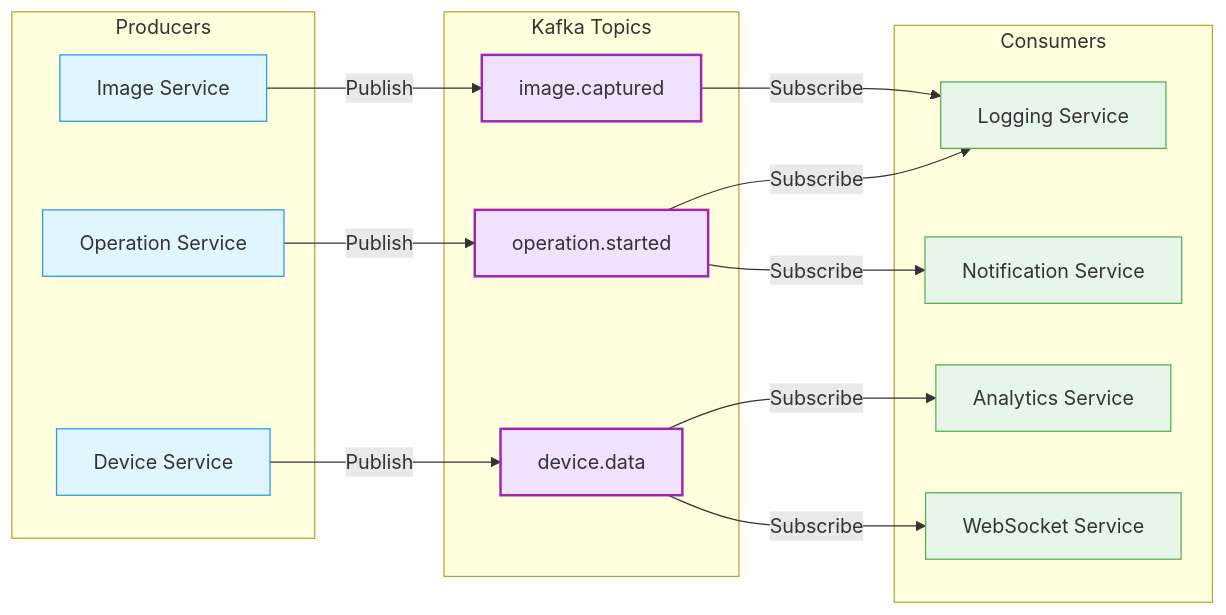
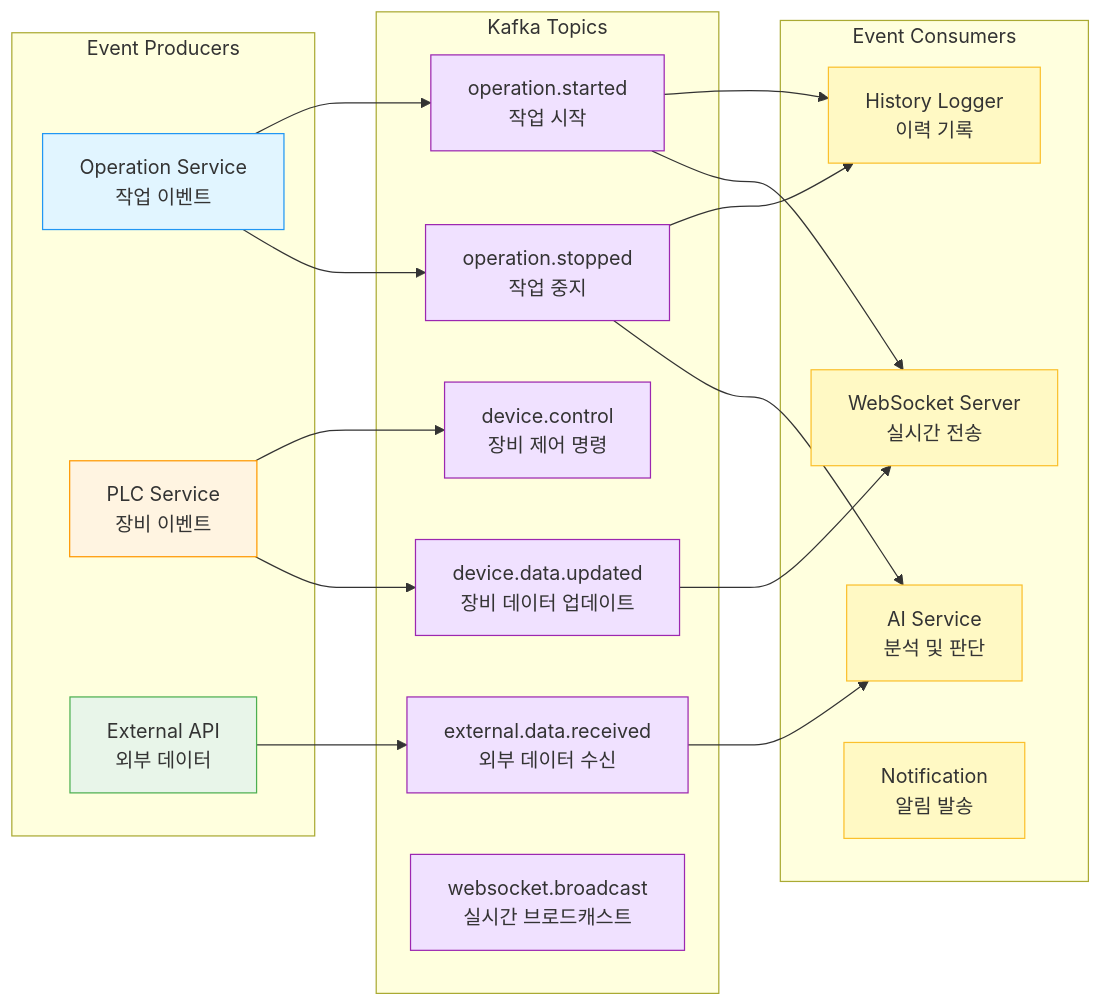
Before and after one commit to 1985jwlee/production-iot-backend: the seventh of 13 diagrams in README.md, drawn with Mermaid. The commit also changed other lines of this file and 1 other file, not shown here.

````diff
--- a/README.md
+++ b/README.md
@@ -334,42 +382,51 @@
 ```mermaid
 graph LR
-    subgraph "Producers"
-        OP[Operation Service]
-        DEV[Device Service]
-        IMG[Image Service]
+    subgraph "Event Producers"
+        P1[Operation Service<br/>작업 이벤트]
+        P2[PLC Service<br/>장비 이벤트]
+        P3[External API<br/>외부 데이터]
     end
     
     subgraph "Kafka Topics"
-        T1[operation.started]
-        T2[device.data]
-        T3[image.captured]
+        T1[device.control<br/>장비 제어 명령]
+        T2[device.data.updated<br/>장비 데이터 업데이트]
+        T3[operation.started<br/>작업 시작]
+        T4[operation.stopped<br/>작업 중지]
+        T5[external.data.received<br/>외부 데이터 수신]
+        T6[websocket.broadcast<br/>실시간 브로드캐스트]
     end
     
-    subgraph "Consumers"
-        LOG[Logging Service]
-        NOTI[Notification Service]
-        ANAL[Analytics Service]
-        WS[WebSocket Service]
+    subgraph "Event Consumers"
+        C1[History Logger<br/>이력 기록]
+        C2[WebSocket Server<br/>실시간 전송]
+        C3[AI Service<br/>분석 및 판단]
+        C4[Notification<br/>알림 발송]
     end
     
-    OP -->|Publish| T1
-    DEV -->|Publish| T2
-    IMG -->|Publish| T3
+    P1 --> T3
+    P1 --> T4
+    P2 --> T1
+    P2 --> T2
+    P3 --> T5
     
-    T1 -->|Subscribe| LOG
-    T1 -->|Subscribe| NOTI
-    T2 -->|Subscribe| ANAL
-    T2 -->|Subscribe| WS
-    T3 -->|Subscribe| LOG
+    T3 --> C1
+    T3 --> C2
+    T4 --> C1
+    T4 --> C3
+    T2 --> C2
+    T5 --> C3
     
-    style OP fill:#e1f5ff,stroke:#2196f3
-    style DEV fill:#e1f5ff,stroke:#2196f3
-    style IMG fill:#e1f5ff,stroke:#2196f3
-    style T1 fill:#f0e1ff,stroke:#9c27b0,stroke-width:2px
-    style T2 fill:#f0e1ff,stroke:#9c27b0,stroke-width:2px
-    style T3 fill:#f0e1ff,stroke:#9c27b0,stroke-width:2px
-    style LOG fill:#e8f5e9,stroke:#4caf50
-    style NOTI fill:#e8f5e9,stroke:#4caf50
-    style ANAL fill:#e8f5e9,stroke:#4caf50
-    style WS fill:#e8f5e9,stroke:#4caf50
+    style P1 fill:#e1f5ff,stroke:#2196f3
+    style P2 fill:#fff4e1,stroke:#ff9800
+    style P3 fill:#e8f5e9,stroke:#4caf50
+    style T1 fill:#f0e1ff,stroke:#9c27b0
+    style T2 fill:#f0e1ff,stroke:#9c27b0
+    style T3 fill:#f0e1ff,stroke:#9c27b0
+    style T4 fill:#f0e1ff,stroke:#9c27b0
+    style T5 fill:#f0e1ff,stroke:#9c27b0
+    style T6 fill:#f0e1ff,stroke:#9c27b0
+    style C1 fill:#fff9c4,stroke:#fbc02d
+    style C2 fill:#fff9c4,stroke:#fbc02d
+    style C3 fill:#fff9c4,stroke:#fbc02d
+    style C4 fill:#fff9c4,stroke:#fbc02d
 ```
````
